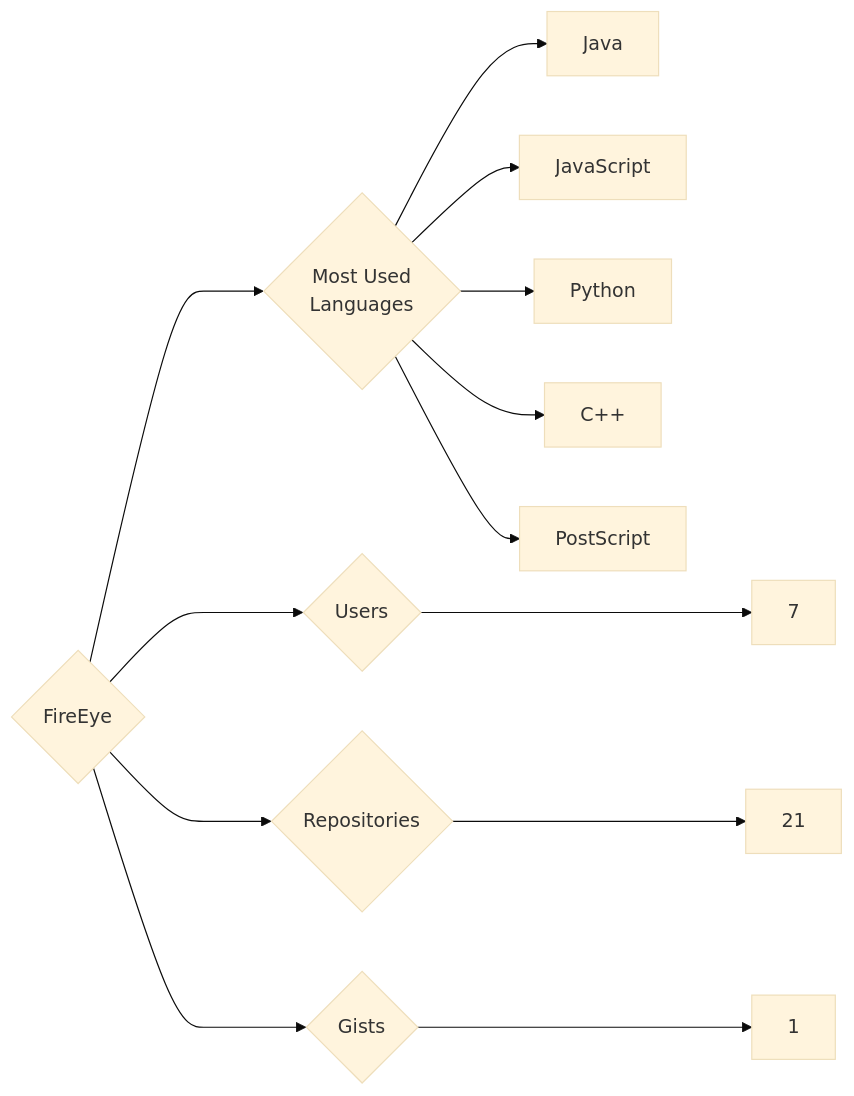
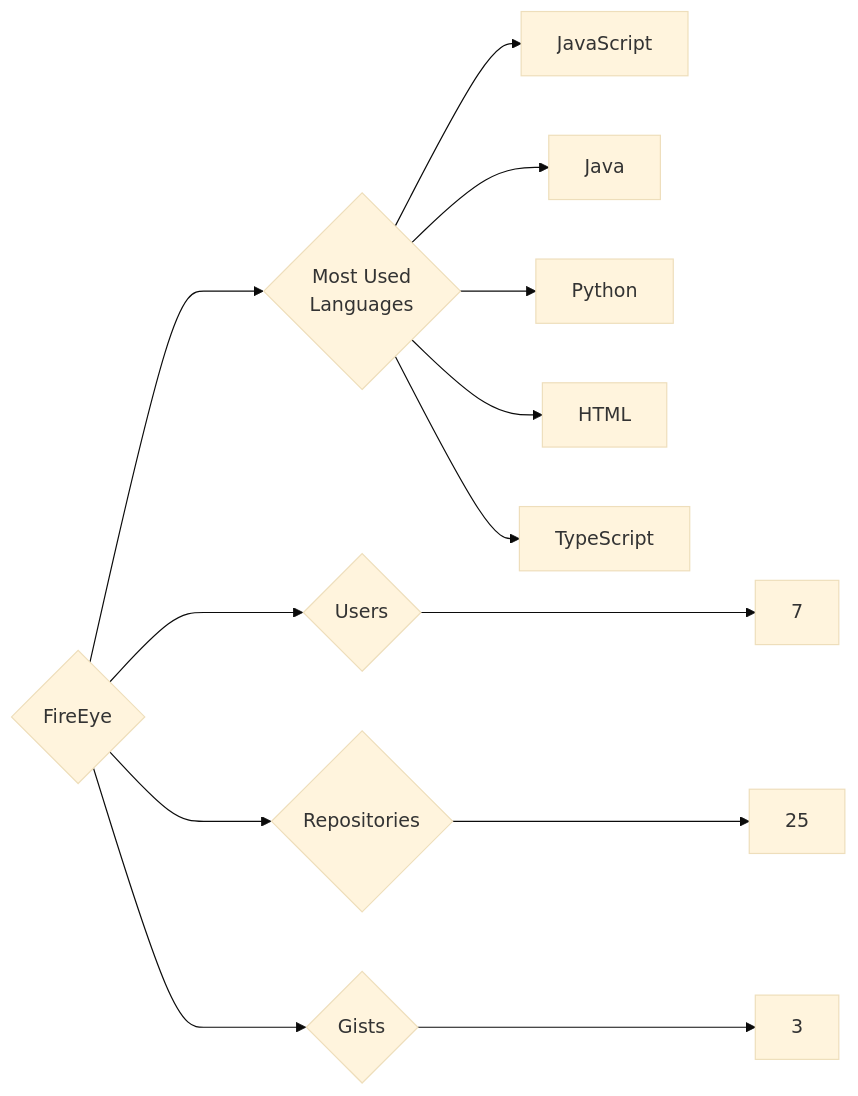
The diagram in targets/FireEye/README.md (trickest/insiders), drawn with Mermaid (base theme) before and after one commit. The commit also changed 1036 other files, not shown here.

````diff
--- a/targets/FireEye/README.md
+++ b/targets/FireEye/README.md
@@ -3,13 +3,13 @@
 ```mermaid
 graph LR
 COMPANY_NAME{FireEye}
 COMPANY_NAME ---> U{Users} ---> UN[7]
-COMPANY_NAME ---> R{Repositories} ---> RN[21]
-COMPANY_NAME ---> G{Gists} ---> GN[1]
+COMPANY_NAME ---> R{Repositories} ---> RN[25]
+COMPANY_NAME ---> G{Gists} ---> GN[3]
 COMPANY_NAME ---> ML{Most Used<br>Languages}
+ML --> JavaScript[JavaScript]
 ML --> Java[Java]
-ML --> JavaScript[JavaScript]
 ML --> Python[Python]
-ML --> C++[C++]
-ML --> PostScript[PostScript]
+ML --> HTML[HTML]
+ML --> TypeScript[TypeScript]
 ```
````
